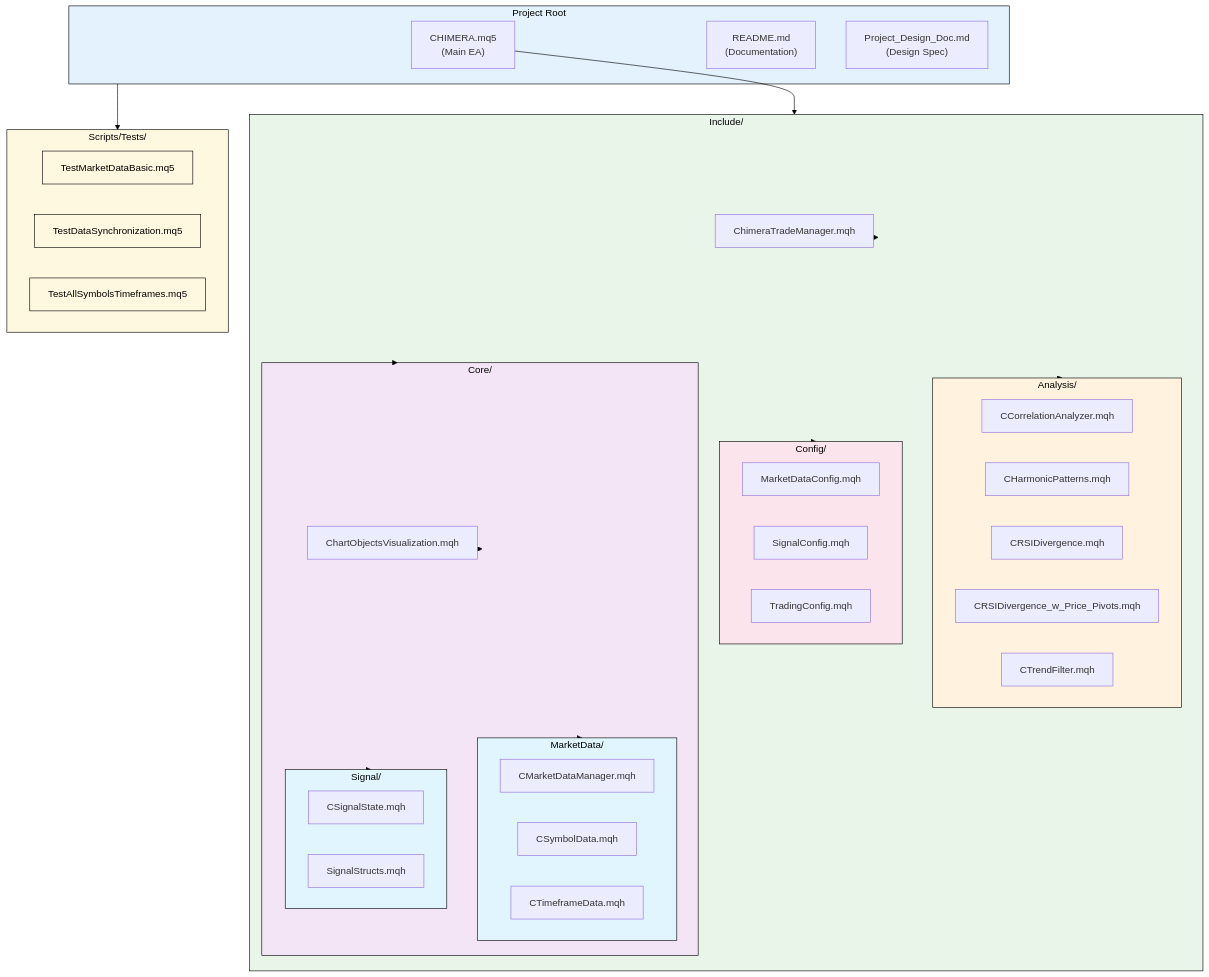
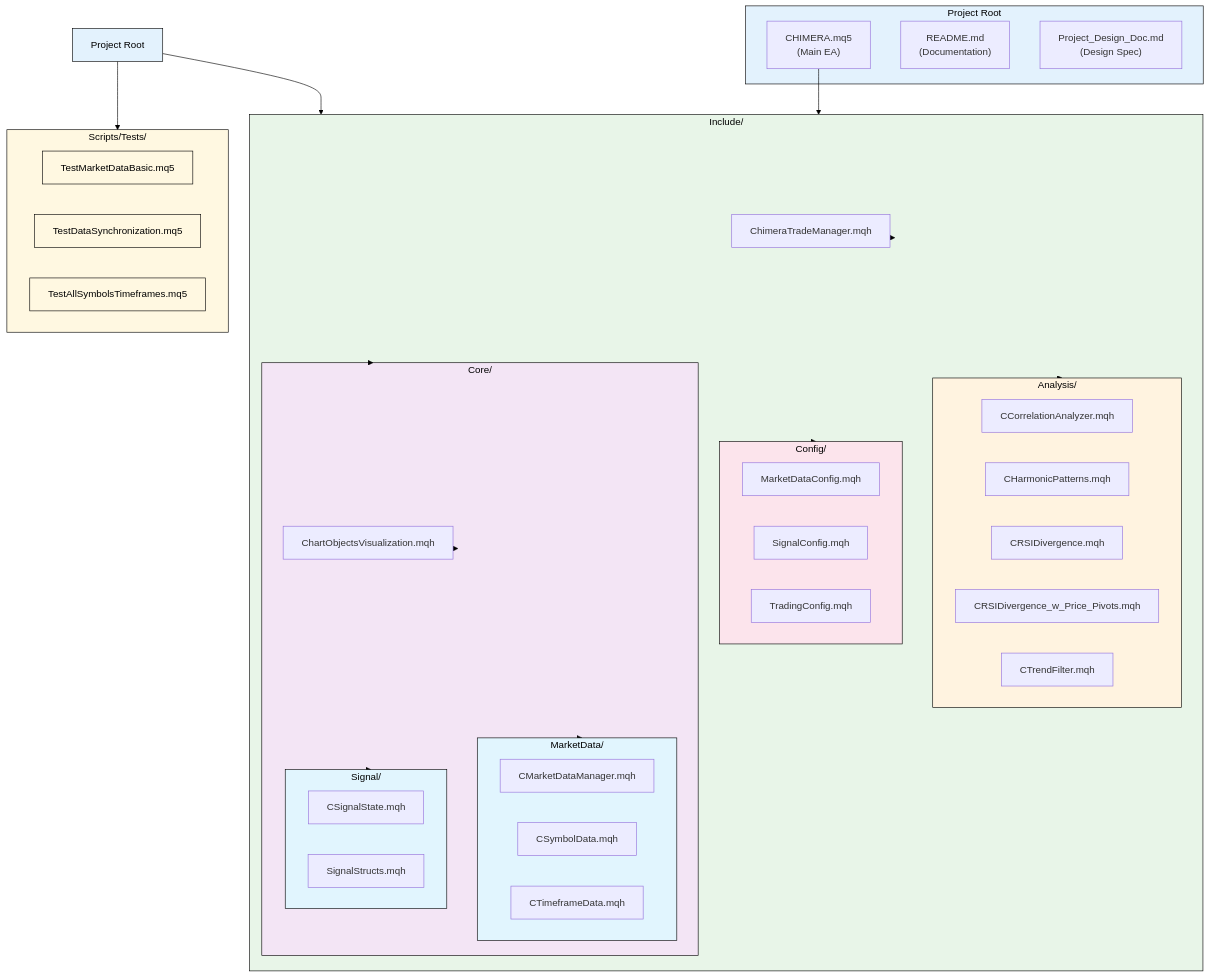
One commit to keyalgos/Project_Chimera changed the eighth of 8 diagrams in README.md. Above: the diagram before and after it, drawn with Mermaid. The commit also changed other lines of this file, not shown here.

````diff
--- a/README.md
+++ b/README.md
@@ -1032,70 +1031,73 @@
 ```mermaid
 graph TD
-    subgraph Root["Project Root"]
+    Root["Project Root"]
+    subgraph RootSub["Project Root"]
         CHIMERA["CHIMERA.mq5<br/>(Main EA)"]
         README["README.md<br/>(Documentation)"]
         DESIGN["Project_Design_Doc.md<br/>(Design Spec)"]
     end
     
     subgraph Include["Include/"]
         subgraph Analysis["Analysis/"]
             A1["CCorrelationAnalyzer.mqh"]
             A2["CHarmonicPatterns.mqh"]
             A3["CRSIDivergence.mqh"]
             A4["CRSIDivergence_w_Price_Pivots.mqh"]
             A5["CTrendFilter.mqh"]
         end
         
         subgraph Config["Config/"]
             C1["MarketDataConfig.mqh"]
             C2["SignalConfig.mqh"]
             C3["TradingConfig.mqh"]
         end
         
         subgraph Core["Core/"]
             subgraph MarketData["MarketData/"]
                 M1["CMarketDataManager.mqh"]
                 M2["CSymbolData.mqh"]
                 M3["CTimeframeData.mqh"]
             end
             
             subgraph Signal["Signal/"]
                 S1["CSignalState.mqh"]
                 S2["SignalStructs.mqh"]
             end
             
             V["ChartObjectsVisualization.mqh"]
         end
         
         T["ChimeraTradeManager.mqh"]
     end
     
     subgraph Scripts["Scripts/Tests/"]
         T1["TestMarketDataBasic.mq5"]
         T2["TestDataSynchronization.mq5"]
         T3["TestAllSymbolsTimeframes.mq5"]
     end
     
+    Root --> Include
     CHIMERA --> Include
     Include --> Analysis
     Include --> Config
     Include --> Core
     Include --> T
     Core --> MarketData
     Core --> Signal
     Core --> V
     Root --> Scripts
     
     style Root fill:#e3f2fd,stroke:#000,color:#000
+    style RootSub fill:#e3f2fd,stroke:#000,color:#000
     style Include fill:#e8f5e8,stroke:#000,color:#000
     style Analysis fill:#fff3e0,stroke:#000,color:#000
     style Config fill:#fce4ec,stroke:#000,color:#000
     style Core fill:#f3e5f5,stroke:#000,color:#000
     style MarketData fill:#e1f5fe,stroke:#000,color:#000
     style Signal fill:#e1f5fe,stroke:#000,color:#000
     style Scripts fill:#fff8e1,stroke:#000,color:#000
     style T1 fill:#fff8e1,stroke:#000,color:#000
     style T2 fill:#fff8e1,stroke:#000,color:#000
     style T3 fill:#fff8e1,stroke:#000,color:#000
     linkStyle default stroke:#000
 ```
````
